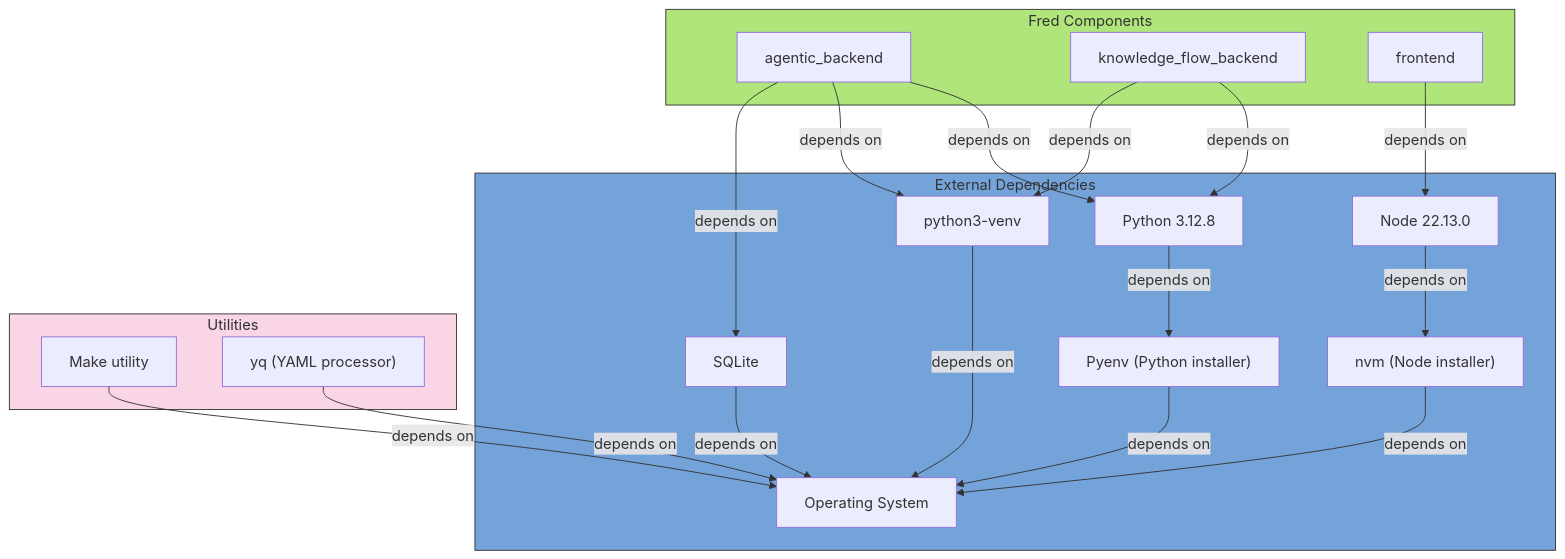
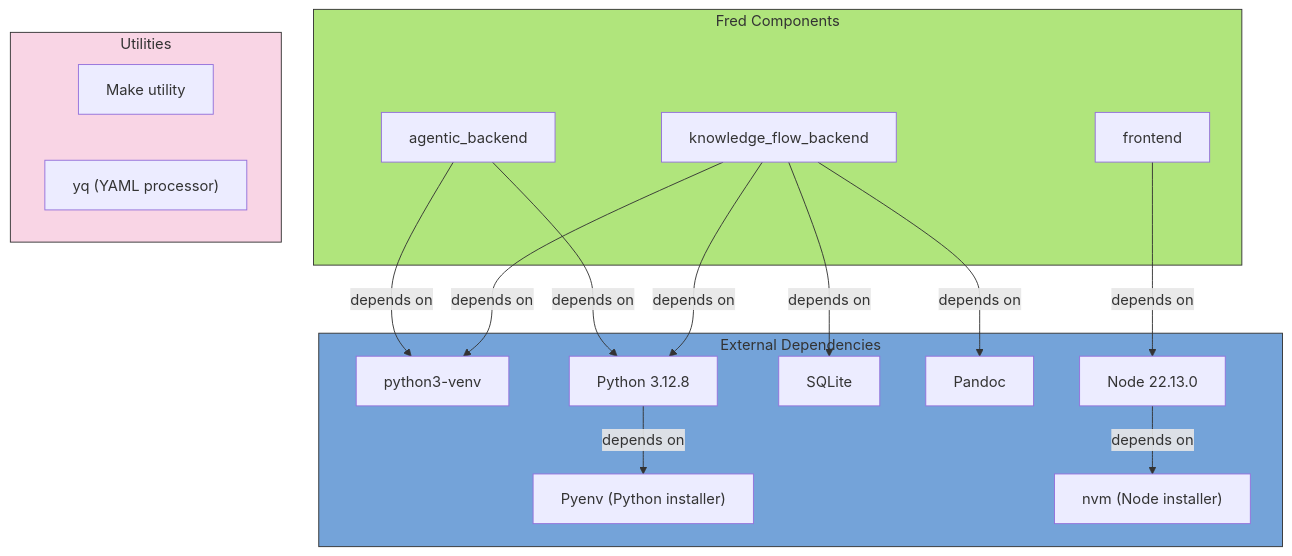
Before and after one commit to ThalesGroup/fred: the diagram in README.md, drawn with Mermaid. The commit also changed other lines of this file, not shown here.

Commit message:
impr: Improve README.md

````diff
--- a/README.md
+++ b/README.md
@@ -72,47 +69,41 @@
-    ```mermaid
-    graph TD
-        subgraph FredComponents["Fred Components"]
-          style FredComponents fill:#b0e57c,stroke:#333,stroke-width:2px  %% Green Color
-            Agentic["agentic_backend"]
-            Knowledge["knowledge_flow_backend"]
-            Frontend["frontend"]
-        end
+  ```mermaid
+  graph TD
+      subgraph FredComponents["Fred Components"]
+        style FredComponents fill:#b0e57c,stroke:#333,stroke-width:2px  %% Green Color
+          Agentic["agentic_backend"]
+          Knowledge["knowledge_flow_backend"]
+          Frontend["frontend"]
+      end
 
-        subgraph ExternalDependencies["External Dependencies"]
-          style ExternalDependencies fill:#74a3d9,stroke:#333,stroke-width:2px  %% Blue Color
-            Python["Python 3.12.8"]
-            Venv["python3-venv"]
-            Node["Node 22.13.0"]
-            Pyenv["Pyenv (Python installer)"]
-            NVM["nvm (Node installer)"]
-            SQLite["SQLite"]
-            OS["Operating System"]
-        end
+      subgraph ExternalDependencies["External Dependencies"]
+        style ExternalDependencies fill:#74a3d9,stroke:#333,stroke-width:2px  %% Blue Color
+          Venv["python3-venv"]
+          Python["Python 3.12.8"]
+          SQLite["SQLite"]
+          Pandoc["Pandoc"]
+          Pyenv["Pyenv (Python installer)"]
+          Node["Node 22.13.0"]
+          NVM["nvm (Node installer)"]
+      end
 
-        subgraph Utilities["Utilities"]
-          style Utilities fill:#f9d5e5,stroke:#333,stroke-width:2px  %% Pink Color
-            Make["Make utility"]
-            Yq["yq (YAML processor)"]
-        end
+      subgraph Utilities["Utilities"]
+        style Utilities fill:#f9d5e5,stroke:#333,stroke-width:2px  %% Pink Color
+          Make["Make utility"]
+          Yq["yq (YAML processor)"]
+      end
 
-        Agentic -->|depends on| Python
-        Agentic -->|depends on| Venv
-        Agentic -->|depends on| SQLite
+      Agentic -->|depends on| Python
+      Agentic -->|depends on| Venv
 
-        Knowledge -->|depends on| Python
-        Knowledge -->|depends on| Venv
+      Knowledge -->|depends on| Python
+      Knowledge -->|depends on| Venv
+      Knowledge -->|depends on| Pandoc
+      Knowledge -->|depends on| SQLite
 
-        Frontend -->|depends on| Node
+      Frontend -->|depends on| Node
 
-        Python -->|depends on| Pyenv
-        Venv -->|depends on| OS
+      Python -->|depends on| Pyenv
 
-        Node -->|depends on| NVM
+      Node -->|depends on| NVM
 
-        Pyenv -->|depends on| OS
-        NVM -->|depends on| OS
-        Make -->|depends on| OS
-        SQLite -->|depends on| OS
-        Yq -->|depends on| OS
-
-    ```
+  ```
````
